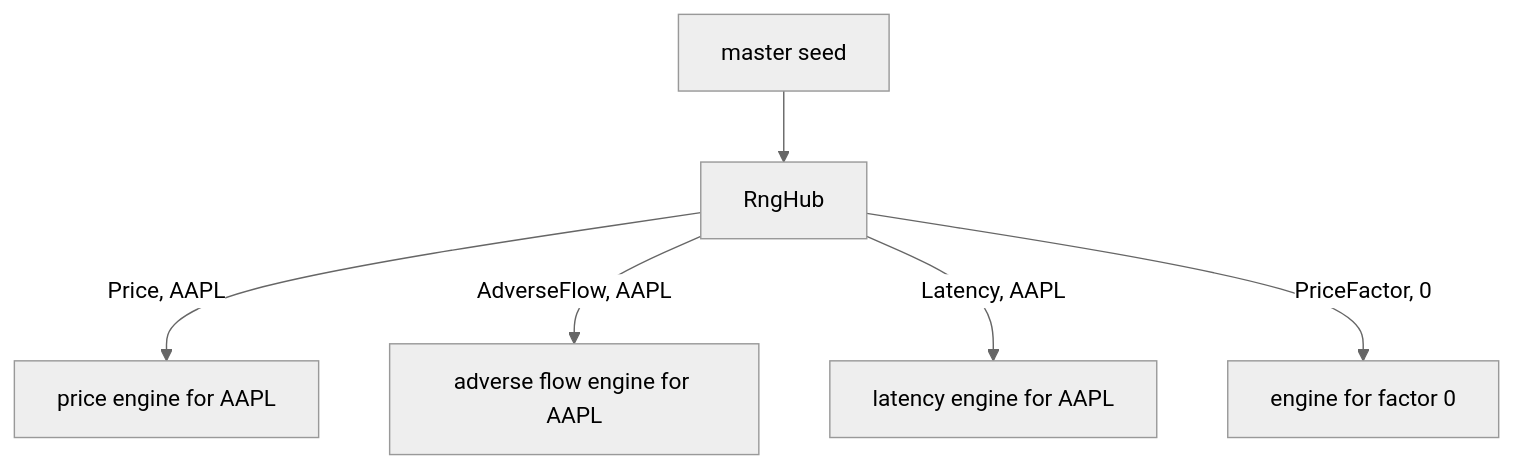
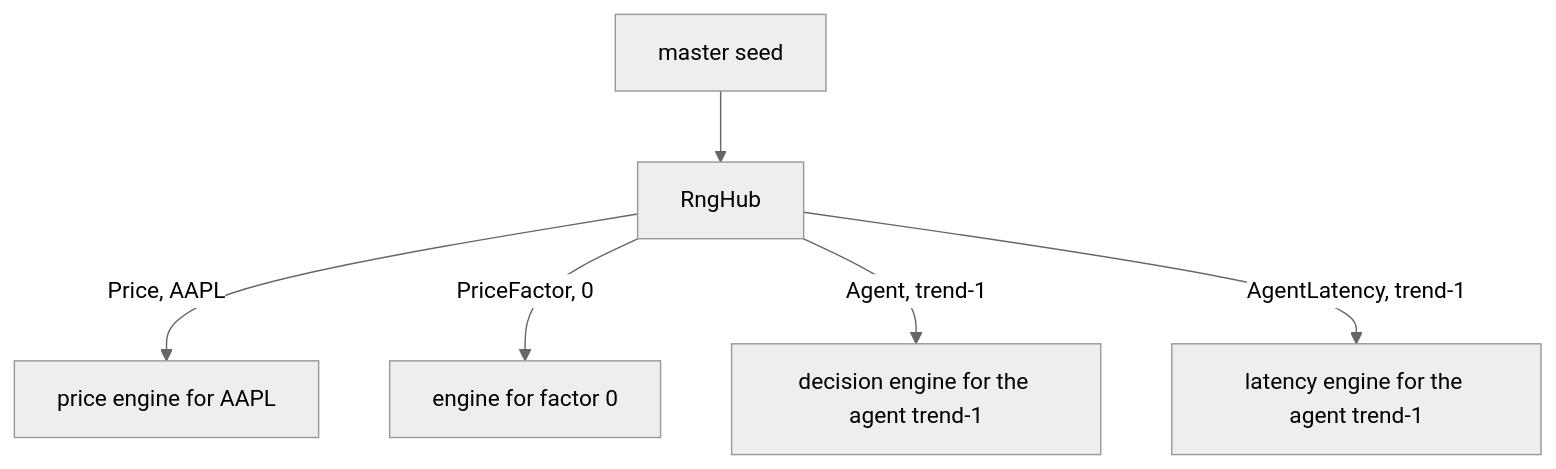
Before and after one commit to GuillaumeLaurin/MarketMakingSimulator: the diagram in docs/architecture/randomness.md, drawn with Mermaid (neutral theme). The commit also changed other lines of this file and 137 other files, not shown here.

Commit message:
feat(agents): add the agents module and make the engine multi-agent (#21)

````diff
--- a/docs/architecture/randomness.md
+++ b/docs/architecture/randomness.md
@@ -23,8 +23,8 @@
 ```mermaid
 flowchart TB
     seed[master seed] --> hub[RngHub]
     hub -->|"Price, AAPL"| a[price engine for AAPL]
-    hub -->|"AdverseFlow, AAPL"| b[adverse flow engine for AAPL]
-    hub -->|"Latency, AAPL"| c[latency engine for AAPL]
-    hub -->|"PriceFactor, 0"| d[engine for factor 0]
+    hub -->|"PriceFactor, 0"| b[engine for factor 0]
+    hub -->|"Agent, trend-1"| c[decision engine for the agent trend-1]
+    hub -->|"AgentLatency, trend-1"| d[latency engine for the agent trend-1]
 ```
````
